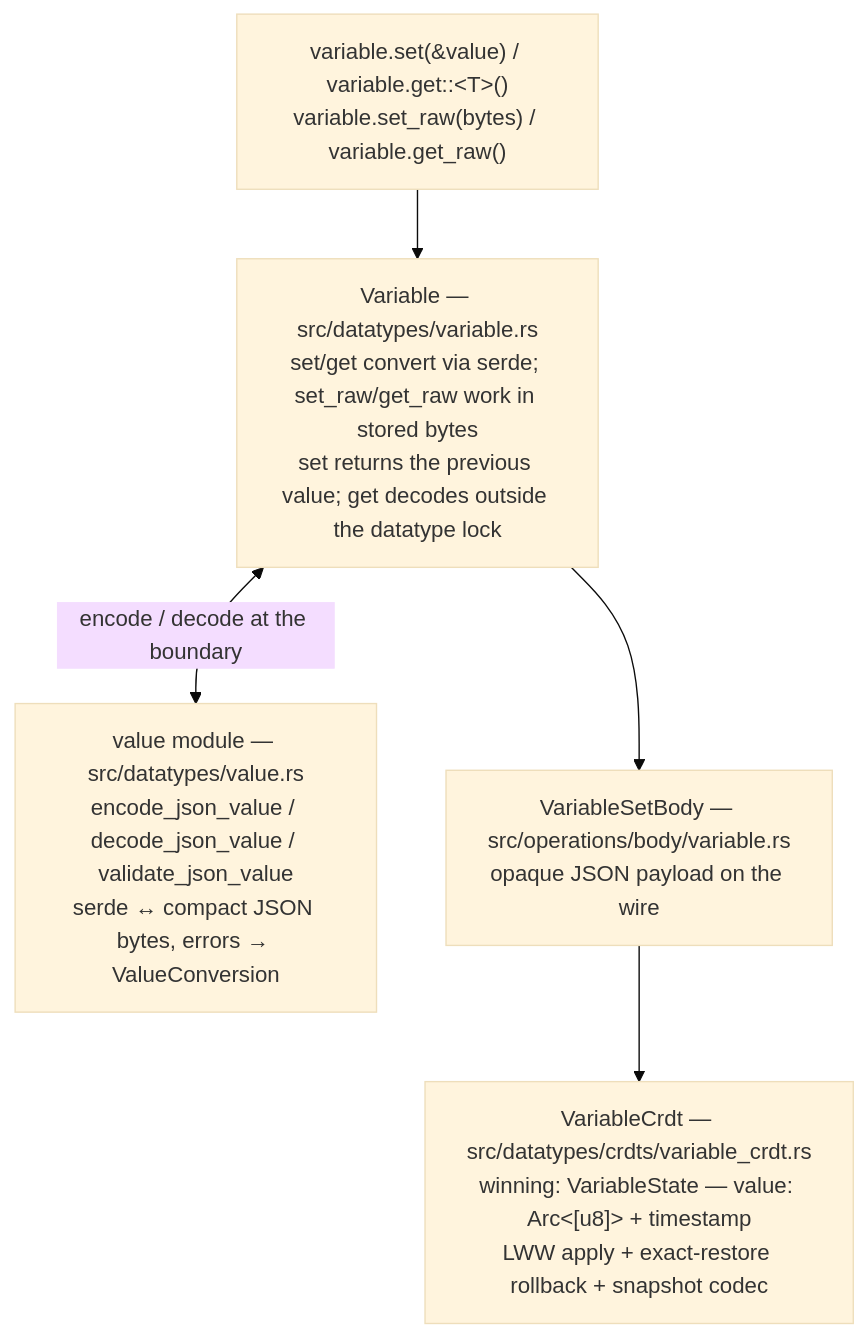
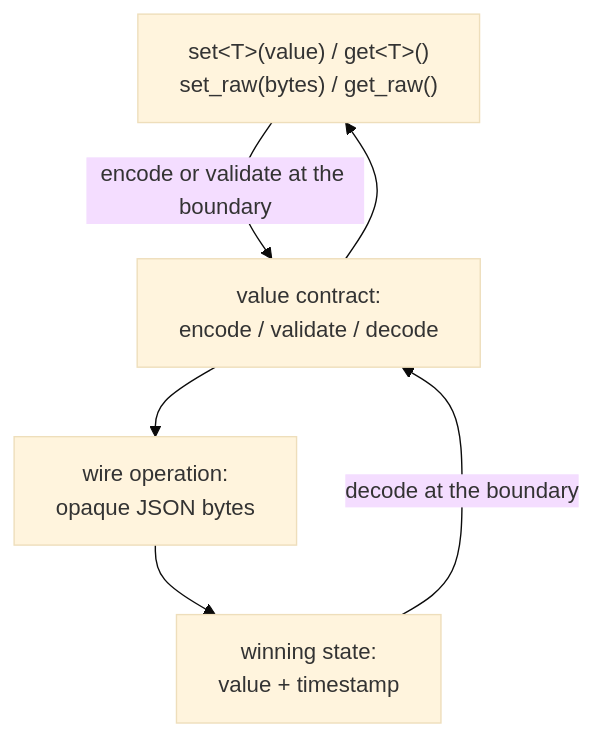
Before and after one commit to qortoo/qortoo-rs: the diagram in docs/variable.md, drawn with Mermaid (base theme). The commit also changed other lines of this file and 14 other files, not shown here.

````diff
--- a/docs/variable.md
+++ b/docs/variable.md
@@ -11,12 +29,12 @@
 ```mermaid
 flowchart TD
-    User["variable.set(&value) / variable.get::&lt;T&gt;()\nvariable.set_raw(bytes) / variable.get_raw()"]
-    PUB["Variable — src/datatypes/variable.rs\nset/get convert via serde; set_raw/get_raw work in stored bytes\nset returns the previous value; get decodes outside the datatype lock"]
-    VAL["value module — src/datatypes/value.rs\nencode_json_value / decode_json_value / validate_json_value\nserde ↔ compact JSON bytes, errors → ValueConversion"]
-    OP["VariableSetBody — src/operations/body/variable.rs\nopaque JSON payload on the wire"]
-    CRDT["VariableCrdt — src/datatypes/crdts/variable_crdt.rs\nwinning: VariableState — value: Arc&lt;[u8]&gt; + timestamp\nLWW apply + exact-restore rollback + snapshot codec"]
+    App["set&lt;T&gt;(value) / get&lt;T&gt;()<br/>set_raw(bytes) / get_raw()"]
+    VAL["value contract:<br/>encode / validate / decode"]
+    OP["wire operation:<br/>opaque JSON bytes"]
+    CRDT["winning state:<br/>value + timestamp"]
 
-    User --> PUB
-    PUB <-->|encode / decode at the boundary| VAL
-    PUB --> OP --> CRDT
+    App -->|encode or validate at the boundary| VAL
+    VAL --> OP --> CRDT
+    CRDT -->|decode at the boundary| VAL
+    VAL --> App
 ```
````
